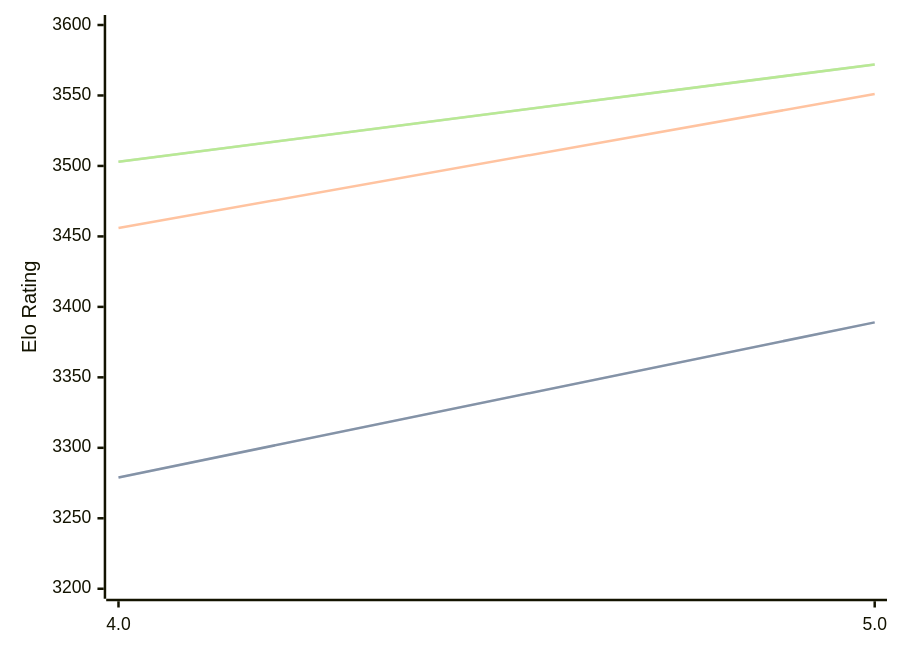
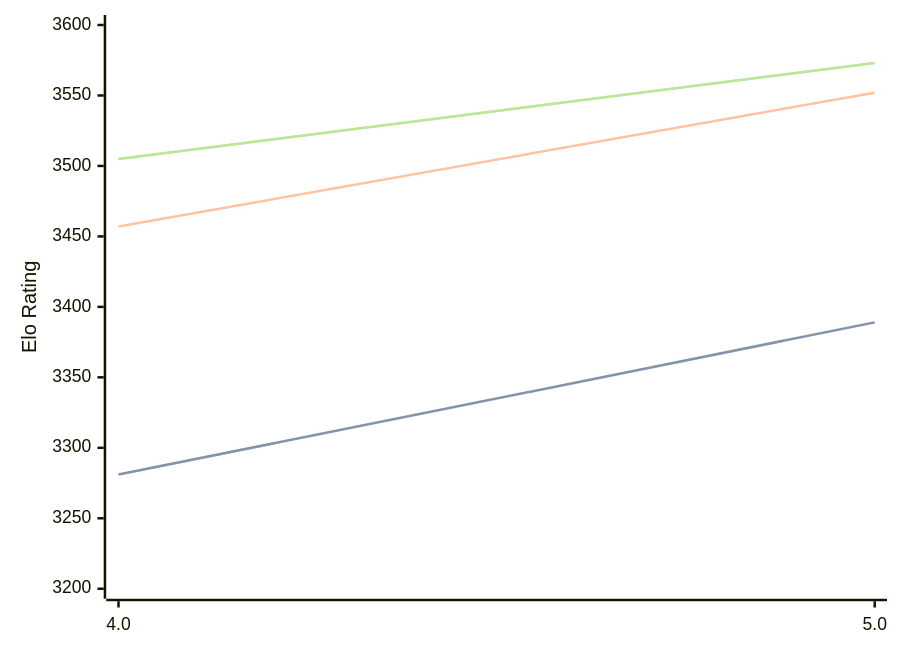
The diagram in engines/Tarnished.md (computer-chess-index/cci), drawn with Mermaid before and after one commit. The commit also changed other lines of this file, not shown here.

Commit message:
Update CCI Ratings (ELO VLTC) - 2026-04-07

````diff
--- a/engines/Tarnished.md
+++ b/engines/Tarnished.md
@@ -36,11 +36,11 @@
 ```mermaid
 %%{init: {"theme":"base","themeVariables":{"seriesColors:['#a3a3a3','#222221','#faa371']}}}%%
 xychart-beta
   x-axis ["4.0", "5.0"]
   y-axis "Elo Rating" 3200 --> 3600
-  line "STC (8.0+0.08s)" [3279, 3389]
-  line "STC (8.0+0.08s)" [3279, 3389]
-  line "LTC (60.0+0.60s)" [3456, 3551]
-  line "VLTC (2m24s+1.12s)" [3503, 3572]
-  line "VLTC (2m24s+1.12s)" [3503, 3572]
+  line "STC (8.0+0.08s)" [3281, 3389]
+  line "STC (8.0+0.08s)" [3281, 3389]
+  line "LTC (60.0+0.60s)" [3457, 3552]
+  line "VLTC (2m24s+1.12s)" [3505, 3573]
+  line "VLTC (2m24s+1.12s)" [3505, 3573]
 ```
````
